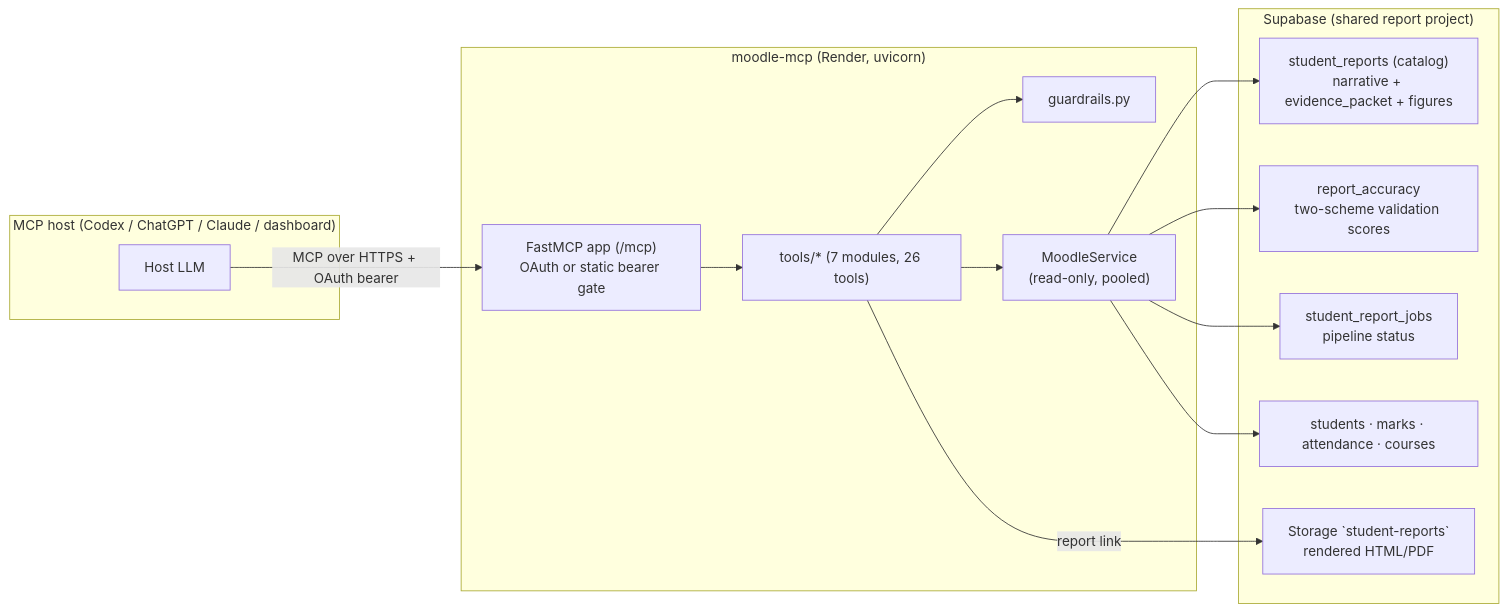
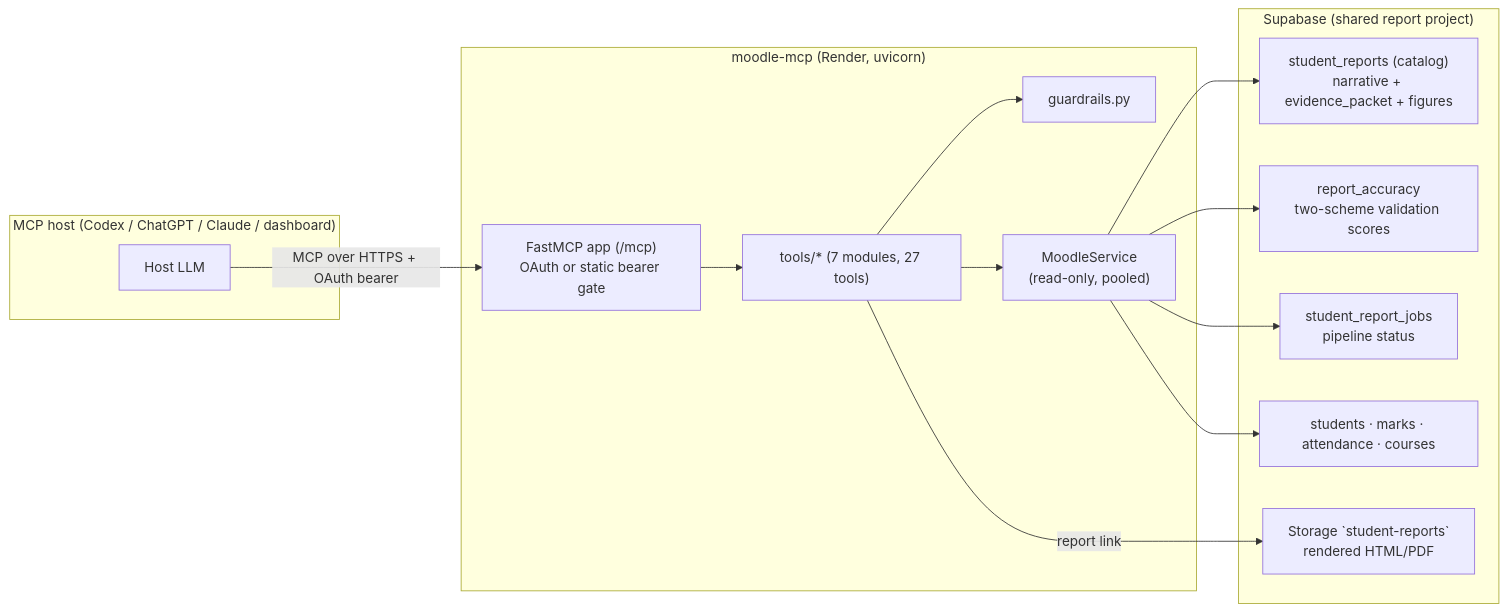
One commit to mansigambhir-1313/Moodle-MCP changed the diagram in docs/ARCHITECTURE.md. Above: the diagram before and after it, drawn with Mermaid. The commit also changed other lines of this file and 22 other files, not shown here.

````diff
--- a/docs/ARCHITECTURE.md
+++ b/docs/ARCHITECTURE.md
@@ -15,27 +15,27 @@
 ```mermaid
 flowchart LR
     subgraph Host["MCP host (Codex / ChatGPT / Claude / dashboard)"]
         LLM["Host LLM"]
     end
     subgraph Server["moodle-mcp (Render, uvicorn)"]
         FastMCP["FastMCP app (/mcp)<br/>OAuth or static bearer gate"]
-        Tools["tools/* (7 modules, 26 tools)"]
+        Tools["tools/* (7 modules, 27 tools)"]
         Guard["guardrails.py"]
         Svc["MoodleService<br/>(read-only, pooled)"]
     end
     subgraph Supabase["Supabase (shared report project)"]
         Catalog["student_reports (catalog)<br/>narrative + evidence_packet + figures"]
         Accuracy["report_accuracy<br/>two-scheme validation scores"]
         Jobs["student_report_jobs<br/>pipeline status"]
         Source["students · marks · attendance · courses"]
         Bucket["Storage `student-reports`<br/>rendered HTML/PDF"]
     end
 
     LLM -- "MCP over HTTPS + OAuth bearer" --> FastMCP
     FastMCP --> Tools --> Guard
     Tools --> Svc --> Catalog
     Svc --> Accuracy
     Svc --> Jobs
     Svc --> Source
     Tools -- "report link" --> Bucket
 ```
````
